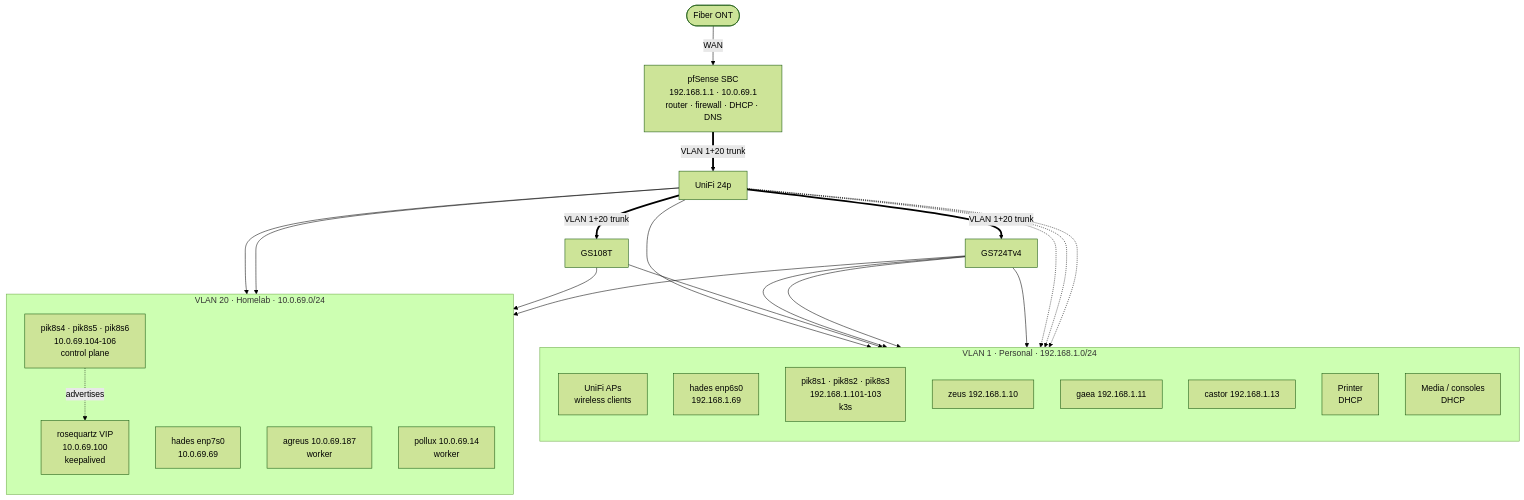
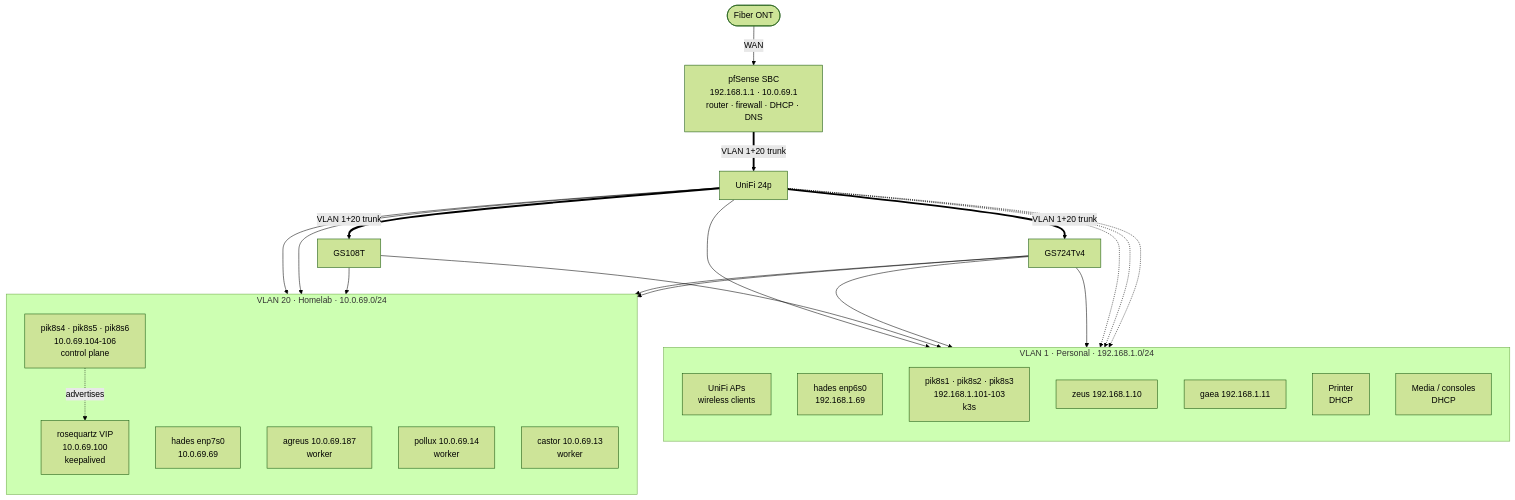
The diagram in NETWORK.md (UnstoppableMango/nixos), drawn with Mermaid (forest theme) before and after one commit. The commit also changed other lines of this file and 25 other files, not shown here.

First line of the commit message:
feat: wire up castor as a rosequartz worker (#289)

````diff
--- a/NETWORK.md
+++ b/NETWORK.md
@@ -17,51 +17,51 @@
 ```mermaid
 flowchart TB
   ONT(["Fiber ONT"])
   FW["pfSense SBC<br/>192.168.1.1 · 10.0.69.1<br/>router · firewall · DHCP · DNS"]
 
   ONT -->|WAN| FW
 
   U24["UniFi 24p"]
   GS108["GS108T"]
   GS724["GS724Tv4"]
 
   FW ==>|"VLAN 1+20 trunk"| U24
   U24 ==>|"VLAN 1+20 trunk"| GS108
   U24 ==>|"VLAN 1+20 trunk"| GS724
 
   subgraph V1["VLAN 1 · Personal · 192.168.1.0/24"]
     direction TB
     AP["UniFi APs<br/>wireless clients"]
     HADES1["hades enp6s0<br/>192.168.1.69"]
     K3S["pik8s1 · pik8s2 · pik8s3<br/>192.168.1.101-103<br/>k3s"]
     ZEUS["zeus 192.168.1.10"]
     GAEA["gaea 192.168.1.11"]
-    CASTOR["castor 192.168.1.13"]
     PRN["Printer<br/>DHCP"]
     MED["Media / consoles<br/>DHCP"]
   end
 
   subgraph V20["VLAN 20 · Homelab · 10.0.69.0/24"]
     direction TB
     VIP["rosequartz VIP<br/>10.0.69.100<br/>keepalived"]
     HADES2["hades enp7s0<br/>10.0.69.69"]
     CP["pik8s4 · pik8s5 · pik8s6<br/>10.0.69.104-106<br/>control plane"]
     AGREUS["agreus 10.0.69.187<br/>worker"]
     POLLUX["pollux 10.0.69.14<br/>worker"]
+    CASTOR["castor 10.0.69.13<br/>worker"]
   end
 
   U24 --> AP
   U24 --> CP
   U24 --> AGREUS
   GS108 --> HADES1
   GS108 --> HADES2
   GS724 --> ZEUS
   GS724 --> GAEA
   GS724 --> CASTOR
   U24 -.-> K3S
   U24 -.-> PRN
   U24 -.-> MED
   GS724 --> POLLUX
 
   CP -.->|advertises| VIP
 ```
````
